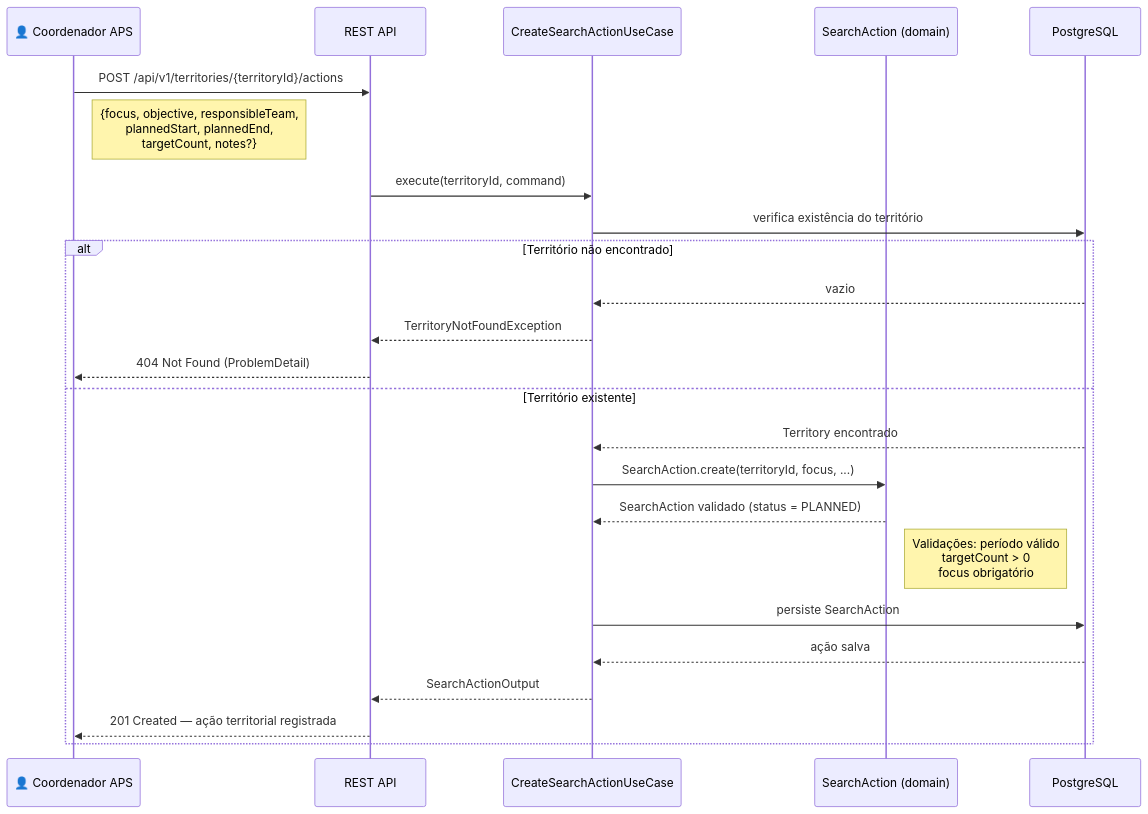
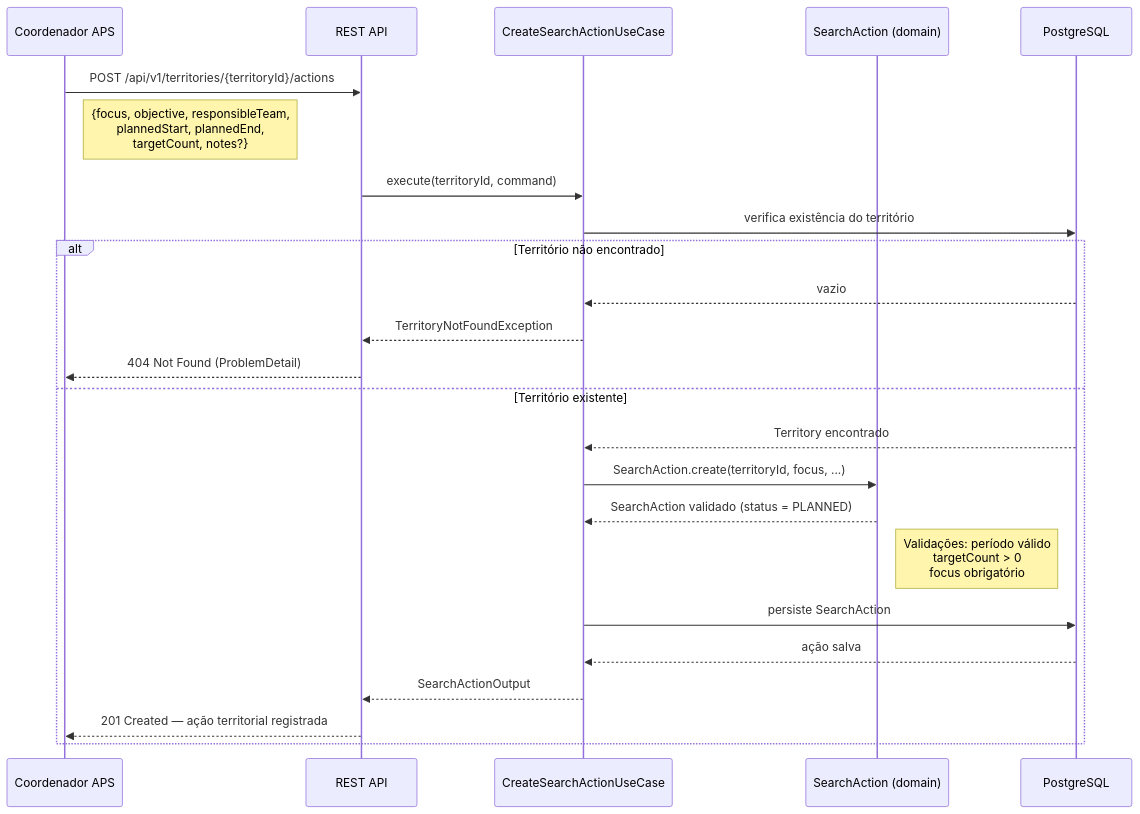
Before and after one commit to eps364/tech-challenge-fase-05: the diagram in docs/diagramas/flow-03-criar-acao.mmd, drawn with Mermaid. The commit also changed 15 other files, not shown here.

Commit message:
docs: remove ícones/emojis dos diagramas Mermaid

```diff
--- a/docs/diagramas/flow-03-criar-acao.mmd
+++ b/docs/diagramas/flow-03-criar-acao.mmd
@@ -1,28 +1,28 @@
 %% Fluxo 3: Criação de Ação de Busca Ativa - SUS-Connect APS MVP (Fase 05)
 
 sequenceDiagram
-    participant Coord as 👤 Coordenador APS
+    participant Coord as Coordenador APS
     participant API as REST API
     participant UC as CreateSearchActionUseCase
     participant Domain as SearchAction (domain)
     participant DB as PostgreSQL
 
     Coord->>API: POST /api/v1/territories/{territoryId}/actions
     Note right of Coord: {focus, objective, responsibleTeam,<br/>plannedStart, plannedEnd,<br/>targetCount, notes?}
 
     API->>UC: execute(territoryId, command)
     UC->>DB: verifica existência do território
     alt Território não encontrado
         DB-->>UC: vazio
         UC-->>API: TerritoryNotFoundException
         API-->>Coord: 404 Not Found (ProblemDetail)
     else Território existente
         DB-->>UC: Territory encontrado
         UC->>Domain: SearchAction.create(territoryId, focus, ...)
         Domain-->>UC: SearchAction validado (status = PLANNED)
         Note right of Domain: Validações: período válido<br/>targetCount > 0<br/>focus obrigatório
         UC->>DB: persiste SearchAction
         DB-->>UC: ação salva
         UC-->>API: SearchActionOutput
         API-->>Coord: 201 Created — ação territorial registrada
     end
```
